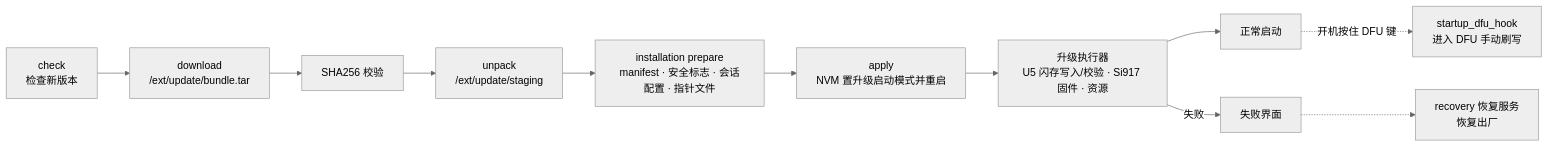
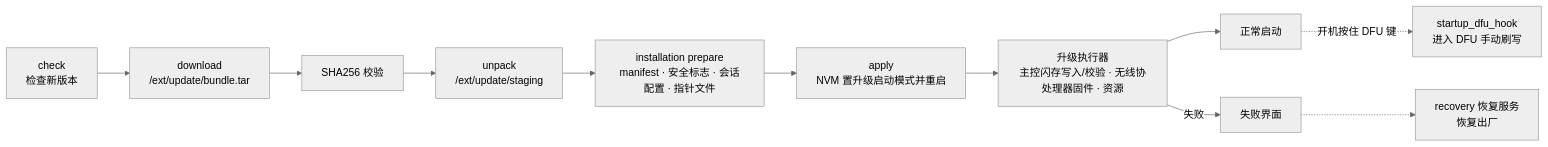
One commit to blueBananacc/DesktopWidget changed the second of 2 diagrams in README.md. Above: the diagram before and after it, drawn with Mermaid (neutral theme). The commit also changed other lines of this file and 10 other files, not shown here.

````diff
--- a/README.md
+++ b/README.md
@@ -99,13 +99,13 @@
 ```mermaid
 flowchart LR
   A[check<br/>检查新版本] --> B[download<br/>/ext/update/bundle.tar]
   B --> C[SHA256 校验]
   C --> D[unpack<br/>/ext/update/staging]
   D --> E[installation prepare<br/>manifest · 安全标志 · 会话配置 · 指针文件]
   E --> F[apply<br/>NVM 置升级启动模式并重启]
-  F --> G[升级执行器<br/>U5 闪存写入/校验 · Si917 固件 · 资源]
+  F --> G[升级执行器<br/>主控闪存写入/校验 · 无线协处理器固件 · 资源]
   G --> H[正常启动]
   G -- 失败 --> X[失败界面]
   X -.-> R[recovery 恢复服务<br/>恢复出厂]
   H -.开机按住 DFU 键.-> DFU[startup_dfu_hook<br/>进入 DFU 手动刷写]
 ```
````
